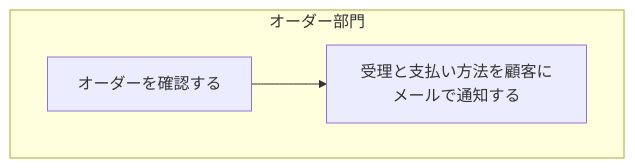
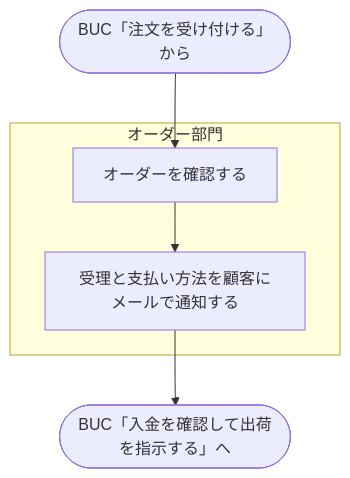
Before and after one commit to Nke0628/rdra-webapp: diagram 14 of 37 in docs/rdra/diagrams.md, drawn with Mermaid. The commit also changed other lines of this file and 10 other files, not shown here.

First line of the commit message:
rdra: BUCの表に先・次の列を足し、業務フロー図を描く(追加質問 1件)

````diff
--- a/docs/rdra/diagrams.md
+++ b/docs/rdra/diagrams.md
@@ -240,9 +417,11 @@
 ```mermaid
 flowchart TB
   subgraph l1["オーダー部門"]
     act2["オーダーを確認する"]
     act3["受理と支払い方法を顧客にメールで通知する"]
   end
+  from4(["BUC「注文を受け付ける」から"]) --> act2
   act2 --> act3
+  act3 --> to5(["BUC「入金を確認して出荷を指示する」へ"])
   classDef hyp stroke-dasharray:5 5,stroke:#d97706,color:#92400e
 ```
````
